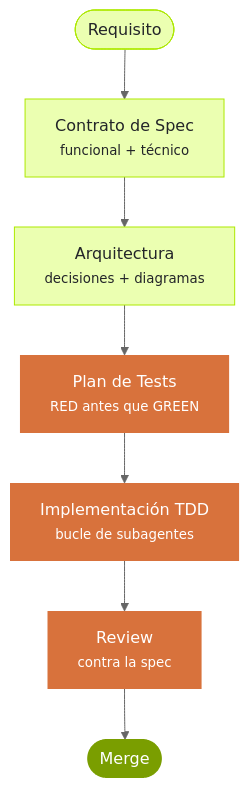
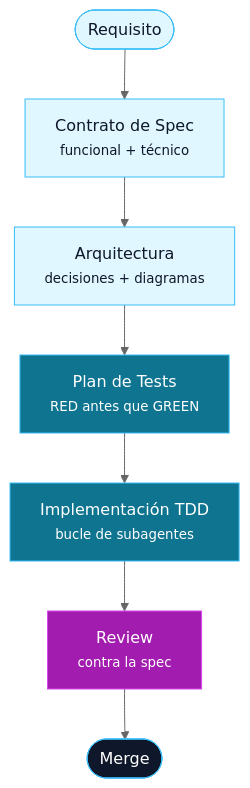
The diagram in docs/index-es.md (javiarmesto/ALDC-AL-Development-Collection), drawn with Mermaid (neutral theme) before and after one commit. The commit also changed other lines of this file and 12 other files, not shown here.

````diff
--- a/docs/index-es.md
+++ b/docs/index-es.md
@@ -98,17 +100,17 @@
 ```mermaid
 flowchart TD
     R([Requisito]) --> S[Contrato de Spec<br/><small>funcional + técnico</small>]
     S --> A[Arquitectura<br/><small>decisiones + diagramas</small>]
     A --> T[Plan de Tests<br/><small>RED antes que GREEN</small>]
     T --> I[Implementación TDD<br/><small>bucle de subagentes</small>]
     I --> V[Review<br/><small>contra la spec</small>]
     V --> M([Merge])
 
-    style R fill:#ebffb1,color:#232529,stroke:#ade900
-    style M fill:#7a9e00,color:#fff,stroke:none
-    style S fill:#ebffb1,color:#232529,stroke:#ade900
-    style A fill:#ebffb1,color:#232529,stroke:#ade900
-    style T fill:#d8723c,color:#fff,stroke:none
-    style I fill:#d8723c,color:#fff,stroke:none
-    style V fill:#d8723c,color:#fff,stroke:none
+    style R fill:#E0F7FF,color:#0F172A,stroke:#38BDF8
+    style M fill:#0F172A,color:#fff,stroke:#38BDF8
+    style S fill:#E0F7FF,color:#0F172A,stroke:#38BDF8
+    style A fill:#E0F7FF,color:#0F172A,stroke:#38BDF8
+    style T fill:#0E7490,color:#fff,stroke:#38BDF8
+    style I fill:#0E7490,color:#fff,stroke:#38BDF8
+    style V fill:#A21CAF,color:#fff,stroke:#D946EF
 ```
````
